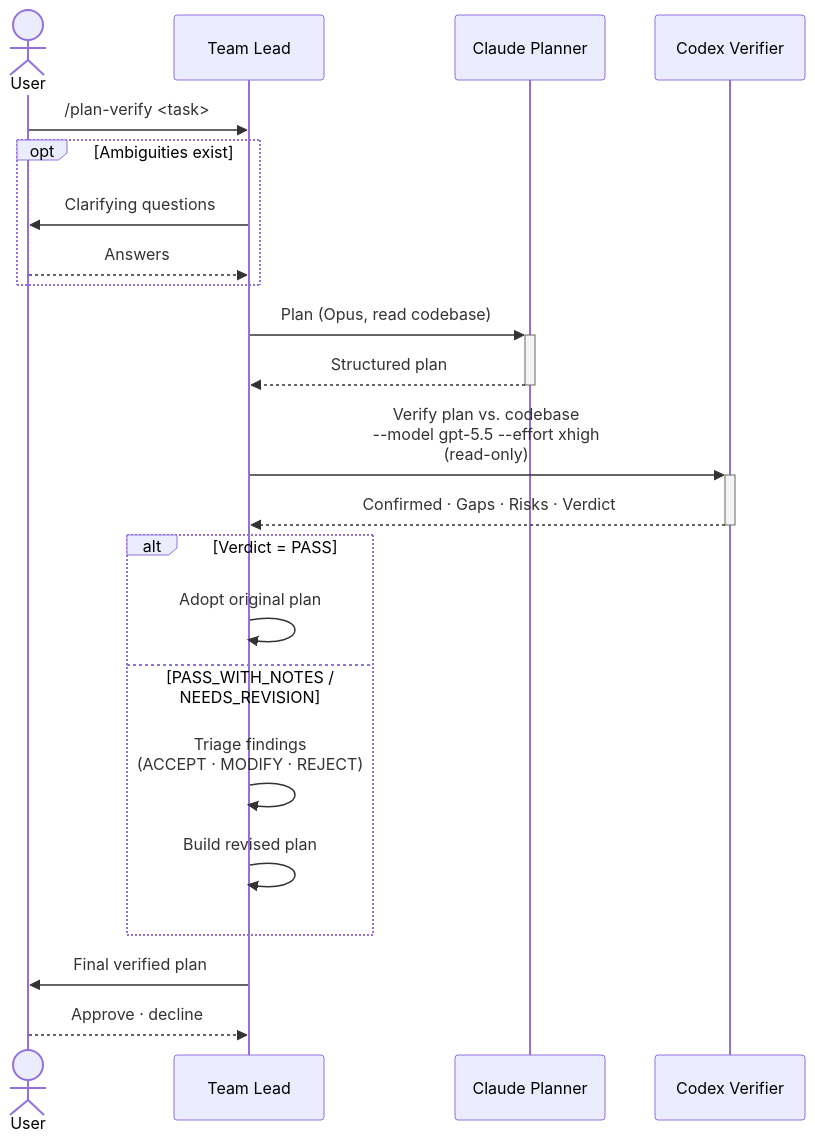
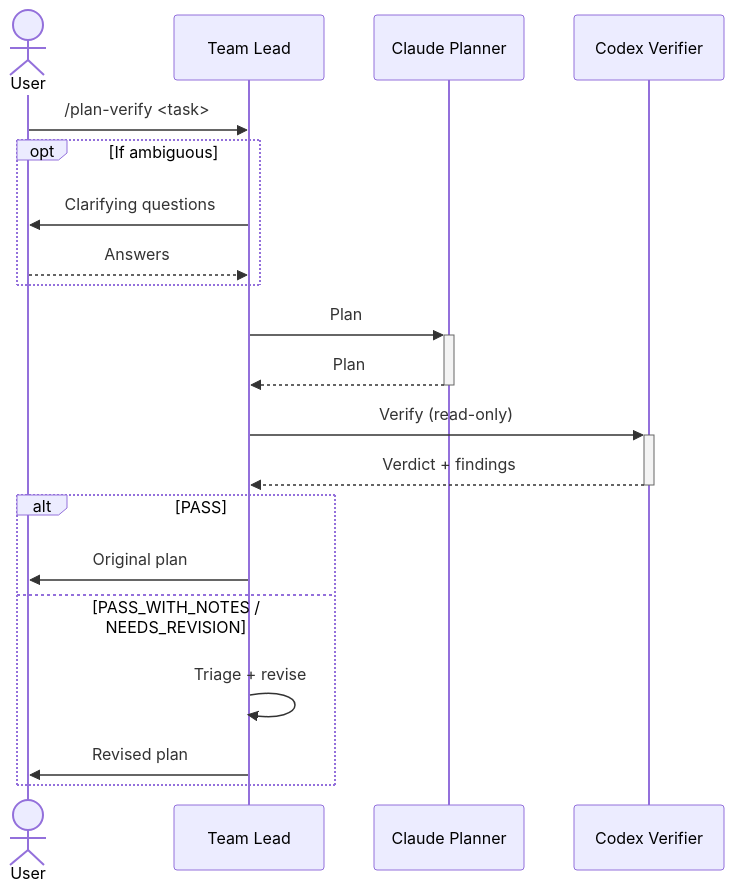
Before and after one commit to yunmango/yunmango-claude-plugins: the second of 2 diagrams in docs/skills/plan-verify.md, drawn with Mermaid. The commit also changed other lines of this file and 9 other files, not shown here.

First line of the commit message:
docs(site): trim verbose explanations, keep diagrams + tables

````diff
--- a/docs/skills/plan-verify.md
+++ b/docs/skills/plan-verify.md
@@ -61,29 +41,23 @@
 ```mermaid
 sequenceDiagram
     actor User
     participant Lead as Team Lead
     participant CP as Claude Planner
     participant CV as Codex Verifier
 
     User->>Lead: /plan-verify <task>
-    opt Ambiguities exist
+    opt If ambiguous
         Lead->>User: Clarifying questions
         User-->>Lead: Answers
     end
-
-    Lead->>+CP: Plan (Opus, read codebase)
-    CP-->>-Lead: Structured plan
-
-    Lead->>+CV: Verify plan vs. codebase<br/>--model gpt-5.5 --effort xhigh<br/>(read-only)
-    CV-->>-Lead: Confirmed · Gaps · Risks · Verdict
-
-    alt Verdict = PASS
-        Lead->>Lead: Adopt original plan
+    Lead->>+CP: Plan
+    CP-->>-Lead: Plan
+    Lead->>+CV: Verify (read-only)
+    CV-->>-Lead: Verdict + findings
+    alt PASS
+        Lead->>User: Original plan
     else PASS_WITH_NOTES / NEEDS_REVISION
-        Lead->>Lead: Triage findings<br/>(ACCEPT · MODIFY · REJECT)
-        Lead->>Lead: Build revised plan
+        Lead->>Lead: Triage + revise
+        Lead->>User: Revised plan
     end
-
-    Lead->>User: Final verified plan
-    User-->>Lead: Approve · decline
 ```
````
